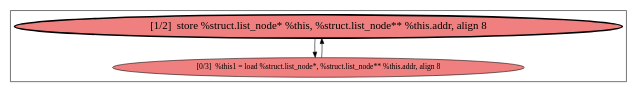
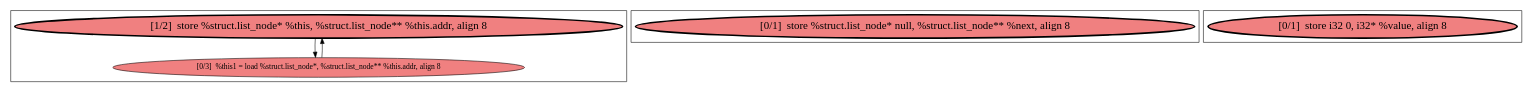
The diagram in playground/dots/linked-list-traversal/_ZN9list_nodeC2Ev.mdg.sccs.dot.dot (harel-coffee/PParMetrics-auto), drawn with Graphviz before and after one commit. The commit also changed 123 other files, not shown here.

Commit message:
[+] Changed PDG DOT visualisation [!] Fixed 2 bugs in GraphPrinter_impl.h [!] Updated playground

```diff
--- a/playground/dots/linked-list-traversal/_ZN9list_nodeC2Ev.mdg.sccs.dot.dot
+++ b/playground/dots/linked-list-traversal/_ZN9list_nodeC2Ev.mdg.sccs.dot.dot
@@ -1,20 +1,38 @@
 
 digraph G {
 
 
 
 
 
-subgraph cluster0 {
+subgraph cluster2 {
 
 
 node164 [penwidth=3.0,fontsize=20,fillcolor=lightcoral,label="[1/2]  store %struct.list_node* %this, %struct.list_node** %this.addr, align 8",shape=ellipse,style=filled ]
 node163 [fillcolor=lightcoral,label="[0/3]  %this1 = load %struct.list_node*, %struct.list_node** %this.addr, align 8",shape=ellipse,style=filled ]
 
 node163->node164 [ ]
 node164->node163 [ ]
 
 
 }
 
+subgraph cluster0 {
+
+
+node161 [penwidth=3.0,fontsize=20,fillcolor=lightcoral,label="[0/1]  store %struct.list_node* null, %struct.list_node** %next, align 8",shape=ellipse,style=filled ]
+
+
+
 }
+
+subgraph cluster1 {
+
+
+node162 [penwidth=3.0,fontsize=20,fillcolor=lightcoral,label="[0/1]  store i32 0, i32* %value, align 8",shape=ellipse,style=filled ]
+
+
+
+}
+
+}
```
